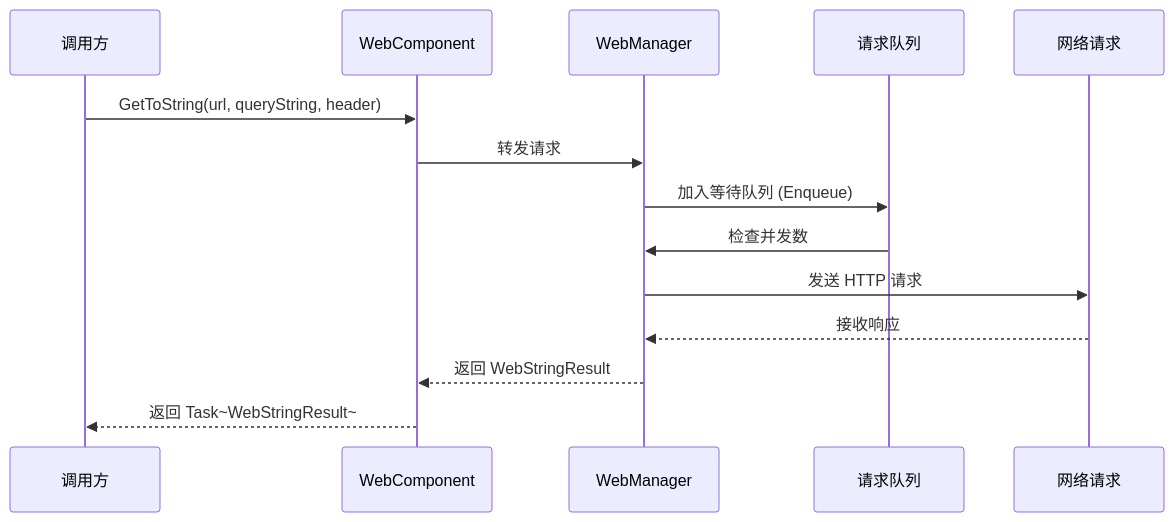
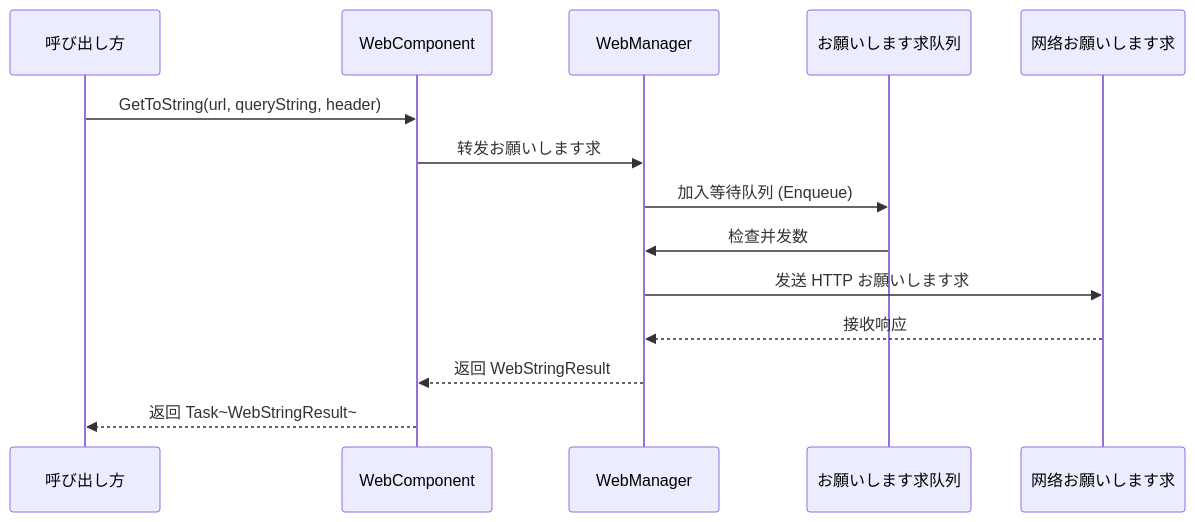
One commit to AlianBlank/GameFrameX.Docs changed the third of 3 diagrams in docs/ja/client/unity/component/web/01.overview.md. Above: the diagram before and after it, drawn with Mermaid. The commit also changed other lines of this file and 603 other files, not shown here.

````diff
--- a/docs/ja/client/unity/component/web/01.overview.md
+++ b/docs/ja/client/unity/component/web/01.overview.md
@@ -155,17 +155,17 @@
 ```mermaid
 sequenceDiagram
-    participant Client as 调用方
+    participant Client as 呼び出し方
     participant WebComponent as WebComponent
     participant WebManager as WebManager
-    participant Queue as 请求队列
-    participant Network as 网络请求
+    participant Queue as お願いします求队列
+    participant Network as 网络お願いします求
 
     Client->>WebComponent: GetToString(url, queryString, header)
-    WebComponent->>WebManager: 转发请求
+    WebComponent->>WebManager: 转发お願いします求
     WebManager->>Queue: 加入等待队列 (Enqueue)
     Queue->>WebManager: 检查并发数
-    WebManager->>Network: 发送 HTTP 请求
+    WebManager->>Network: 发送 HTTP お願いします求
     Network-->>WebManager: 接收响应
     WebManager-->>WebComponent: 返回 WebStringResult
     WebComponent-->>Client: 返回 Task~WebStringResult~
 ```
````
